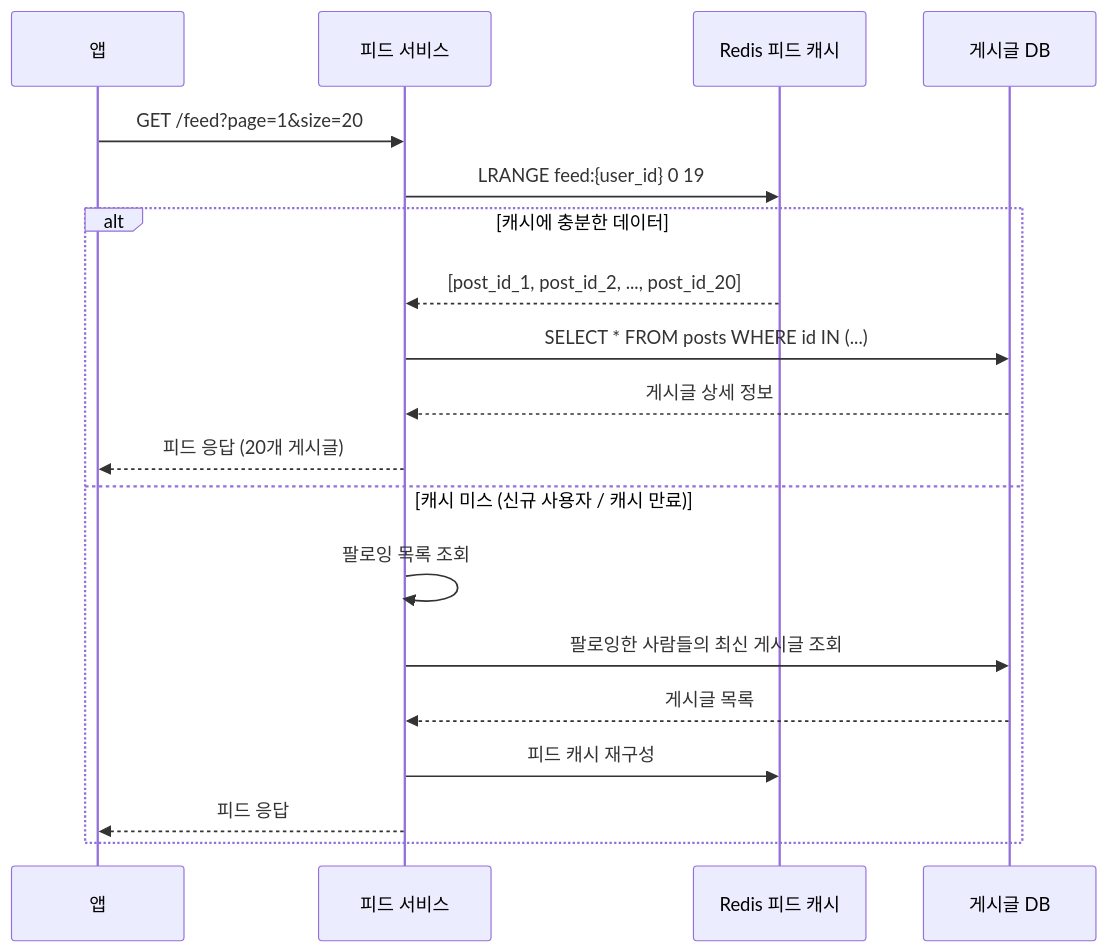
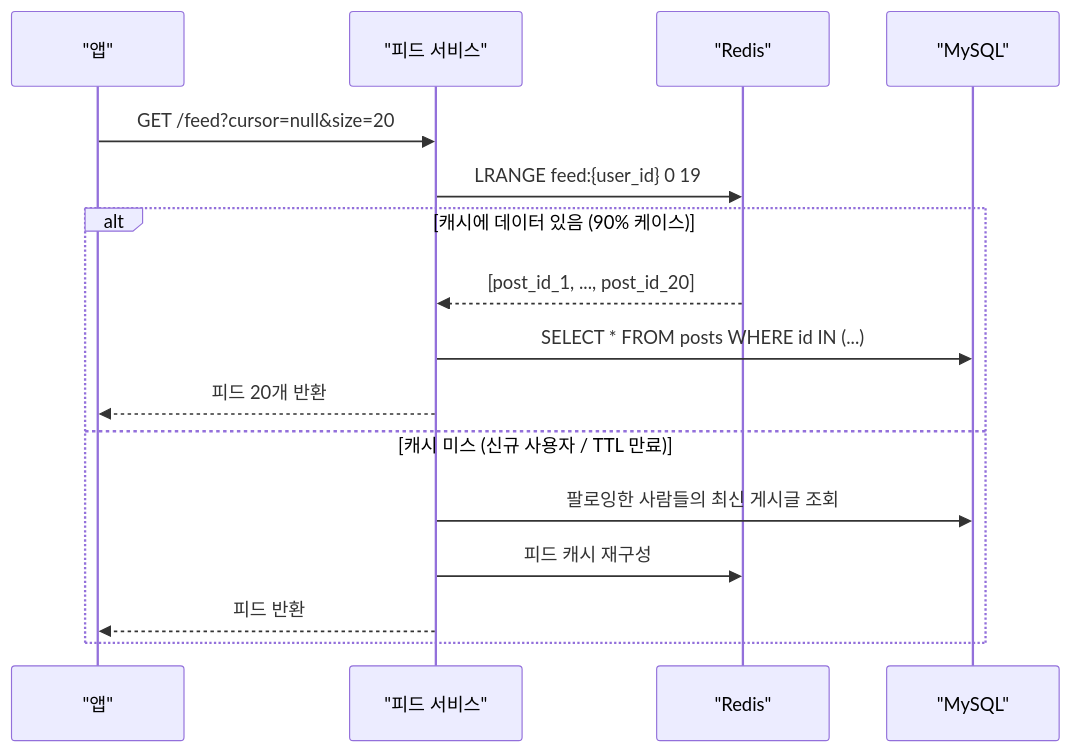
One commit to yjkim2015/yjkim2015.github.io changed the sixth of 6 diagrams in _posts/systemdesign/2026-05-02-system-design-newsfeed.md. Above: the diagram before and after it, drawn with Mermaid. The commit also changed other lines of this file and 122 other files, not shown here.

````diff
--- a/_posts/systemdesign/2026-05-02-system-design-newsfeed.md
+++ b/_posts/systemdesign/2026-05-02-system-design-newsfeed.md
@@ -176,23 +163,19 @@
 ```mermaid
 sequenceDiagram
-    participant App as 앱
-    participant FeedSvc as 피드 서비스
-    participant Cache as Redis 피드 캐시
-    participant DB as 게시글 DB
+    participant App as "앱"
+    participant FeedSvc as "피드 서비스"
+    participant Cache as "Redis"
+    participant DB as "MySQL"
 
-    App->>FeedSvc: GET /feed?page=1&size=20
+    App->>FeedSvc: GET /feed?cursor=null&size=20
     FeedSvc->>Cache: LRANGE feed:{user_id} 0 19
-
-    alt 캐시에 충분한 데이터
-        Cache-->>FeedSvc: [post_id_1, post_id_2, ..., post_id_20]
+    alt 캐시에 데이터 있음 (90% 케이스)
+        Cache-->>FeedSvc: [post_id_1, ..., post_id_20]
         FeedSvc->>DB: SELECT * FROM posts WHERE id IN (...)
-        DB-->>FeedSvc: 게시글 상세 정보
-        FeedSvc-->>App: 피드 응답 (20개 게시글)
-    else 캐시 미스 (신규 사용자 / 캐시 만료)
-        FeedSvc->>FeedSvc: 팔로잉 목록 조회
+        FeedSvc-->>App: 피드 20개 반환
+    else 캐시 미스 (신규 사용자 / TTL 만료)
         FeedSvc->>DB: 팔로잉한 사람들의 최신 게시글 조회
-        DB-->>FeedSvc: 게시글 목록
         FeedSvc->>Cache: 피드 캐시 재구성
-        FeedSvc-->>App: 피드 응답
+        FeedSvc-->>App: 피드 반환
     end
 ```
````
